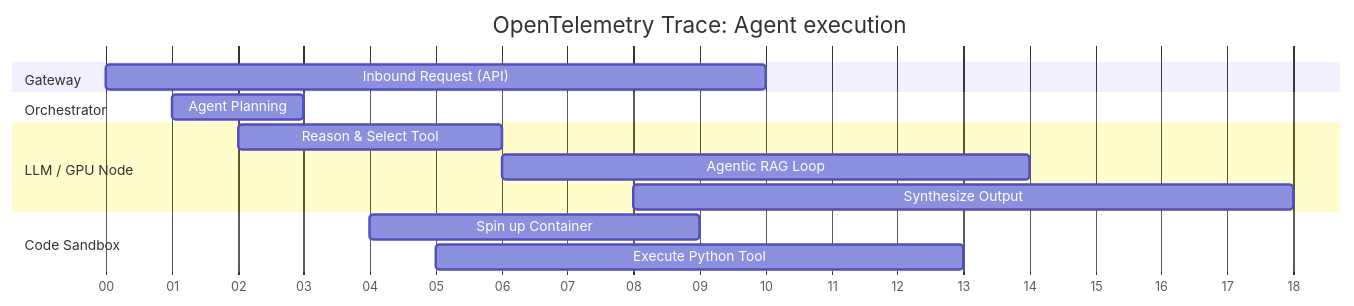
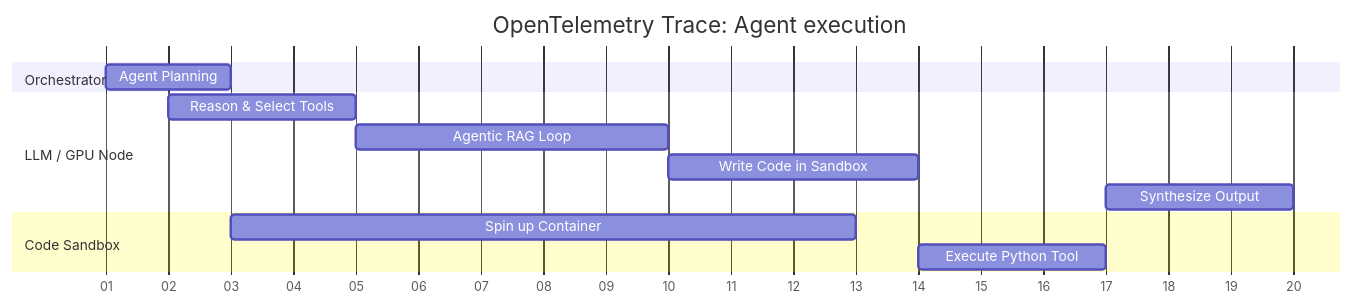
Before and after one commit to susmitpy/talks: the seventh of 7 diagrams in authnz_obs.md, drawn with Mermaid. The commit also changed other lines of this file and 3 other files, not shown here.

````diff
--- a/authnz_obs.md
+++ b/authnz_obs.md
@@ -452,21 +452,19 @@
 ```mermaid
 gantt
     dateFormat  s
     axisFormat  %S
     title OpenTelemetry Trace: Agent execution
     
-    section Gateway
-    Inbound Request (API)        :a1, 0, 10s
-    
     section Orchestrator
-    Agent Planning               :a2, 1, 2s
+    Agent Planning               :a1, 1, 2s
 
     section LLM / GPU Node
-    Reason & Select Tool    :a3, 2, 4s
-    Agentic RAG Loop           :a4, 6, 8s
-    Synthesize Output       :a6, 8, 10s
+    Reason & Select Tools    :a2, 2, 3s
+    Agentic RAG Loop           :a3, 5, 5s
+    Write Code in Sandbox           :a4, 10, 4s
+    Synthesize Output       :a5, 17, 3s
     
     section Code Sandbox
-    Spin up Container            :a4, 4, 5s
-    Execute Python Tool          :a5, 5, 8s
+    Spin up Container            :a6, 3, 10s
+    Execute Python Tool          :a7, 14, 3s
 ```
````
